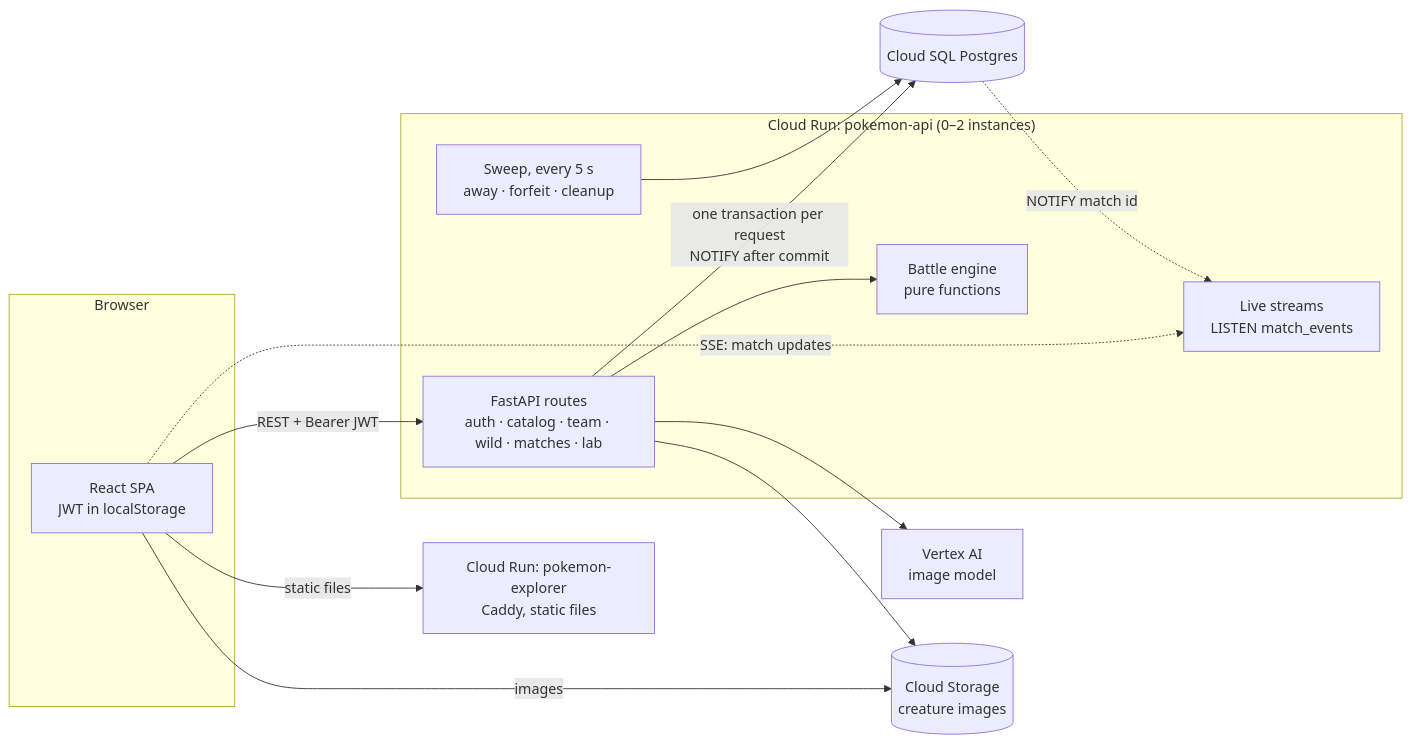
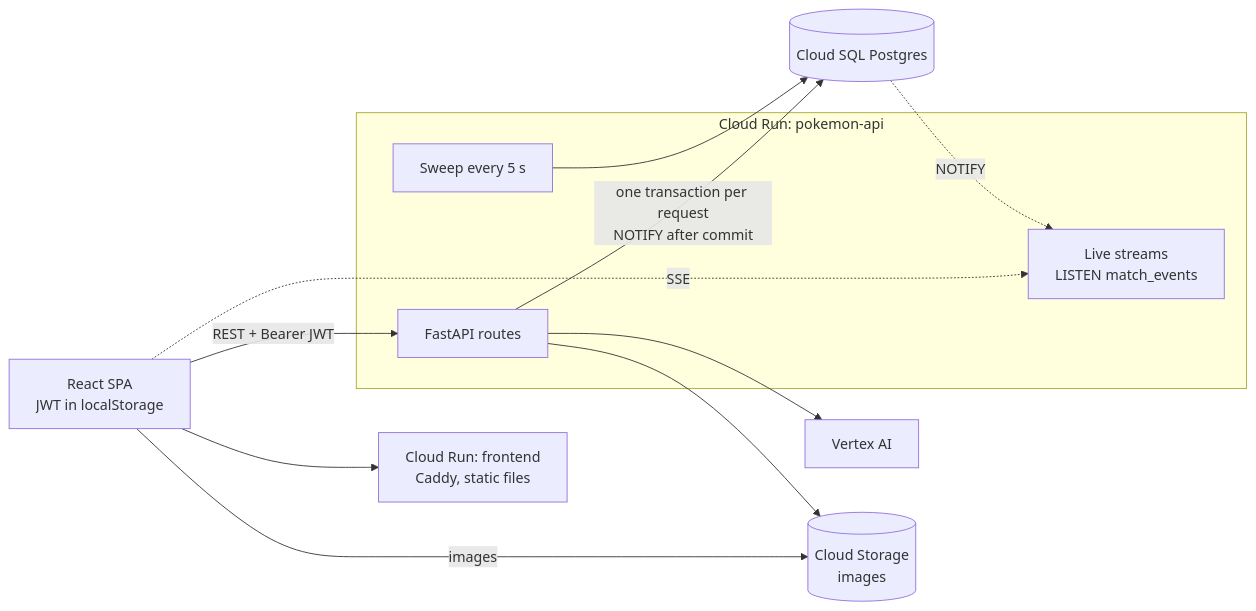
One commit to drewAnderson-val/pokemon-explorer changed the first of 2 diagrams in README.md. Above: the diagram before and after it, drawn with Mermaid. The commit also changed other lines of this file, not shown here.

````diff
--- a/README.md
+++ b/README.md
@@ -34,30 +25,25 @@
 ```mermaid
 flowchart LR
-  subgraph Browser
-    SPA["React SPA<br/>JWT in localStorage"]
-  end
+  SPA["React SPA<br/>JWT in localStorage"]
+  Web["Cloud Run: frontend<br/>Caddy, static files"]
 
-  Web["Cloud Run: pokemon-explorer<br/>Caddy, static files"]
-
-  subgraph Api["Cloud Run: pokemon-api (0–2 instances)"]
-    Routes["FastAPI routes<br/>auth · catalog · team · wild · matches · lab"]
-    Engine["Battle engine<br/>pure functions"]
+  subgraph Api["Cloud Run: pokemon-api"]
+    Routes["FastAPI routes"]
     Live["Live streams<br/>LISTEN match_events"]
-    Sweep["Sweep, every 5 s<br/>away · forfeit · cleanup"]
-    Routes --> Engine
+    Sweep["Sweep every 5 s"]
   end
 
   DB[("Cloud SQL Postgres")]
-  Vertex["Vertex AI<br/>image model"]
-  Bucket[("Cloud Storage<br/>creature images")]
+  Vertex["Vertex AI"]
+  Bucket[("Cloud Storage<br/>images")]
 
-  SPA -->|"static files"| Web
+  SPA --> Web
   SPA -->|"REST + Bearer JWT"| Routes
-  SPA -.->|"SSE: match updates"| Live
+  SPA -.->|"SSE"| Live
   Routes -->|"one transaction per request<br/>NOTIFY after commit"| DB
-  DB -.->|"NOTIFY match id"| Live
+  DB -.->|"NOTIFY"| Live
   Sweep --> DB
   Routes --> Vertex
   Routes --> Bucket
   SPA -->|"images"| Bucket
 ```
````
